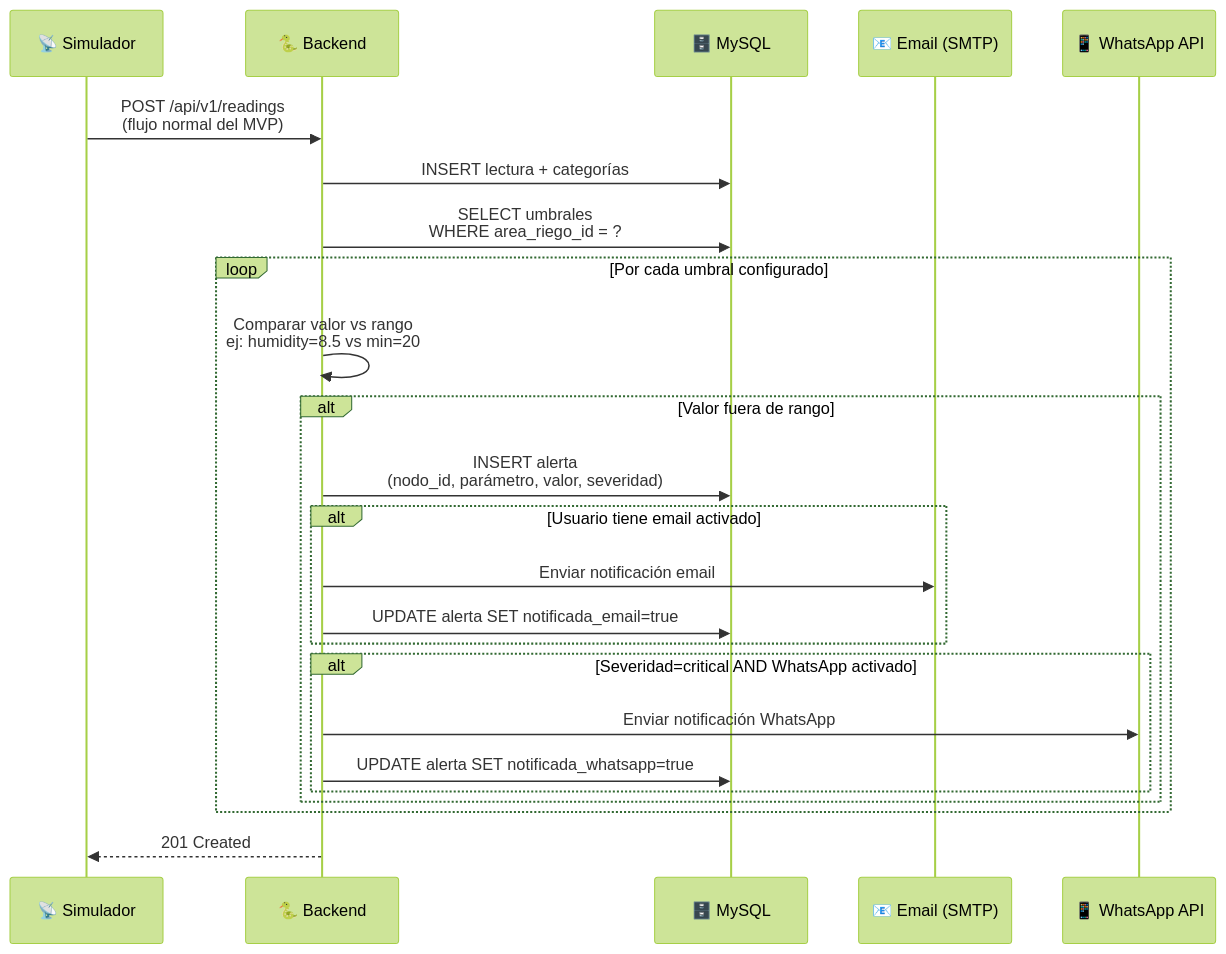
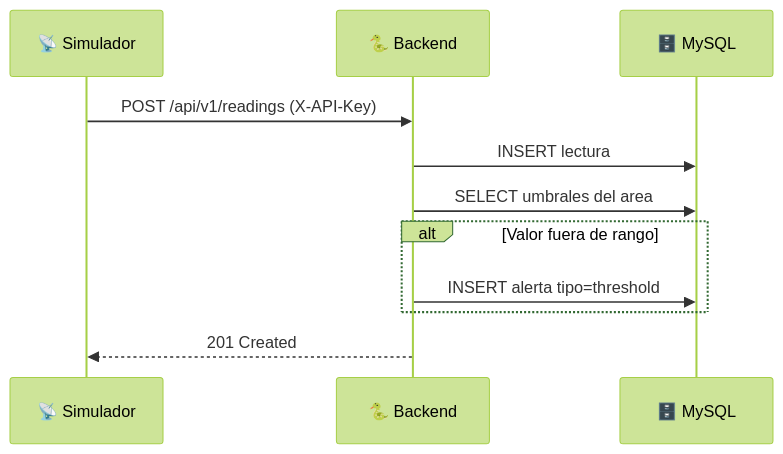
Before and after one commit to Alanzphy/IoT_Sensors: the seventh of 8 diagrams in docs/arquitectura.md, drawn with Mermaid (forest theme). The commit also changed other lines of this file and 42 other files, not shown here.

````diff
--- a/docs/arquitectura.md
+++ b/docs/arquitectura.md
@@ -466,32 +351,16 @@
 ```mermaid
 sequenceDiagram
     participant S as 📡 Simulador
     participant B as 🐍 Backend
     participant DB as 🗄️ MySQL
-    participant E as 📧 Email (SMTP)
-    participant W as 📱 WhatsApp API
 
-    S->>B: POST /api/v1/readings<br/>(flujo normal del MVP)
-    B->>DB: INSERT lectura + categorías
+    S->>B: POST /api/v1/readings (X-API-Key)
+    B->>DB: INSERT lectura
+    B->>DB: SELECT umbrales del area
 
-    B->>DB: SELECT umbrales<br/>WHERE area_riego_id = ?
-
-    loop Por cada umbral configurado
-        B->>B: Comparar valor vs rango<br/>ej: humidity=8.5 vs min=20
-        alt Valor fuera de rango
-            B->>DB: INSERT alerta<br/>(nodo_id, parámetro, valor, severidad)
-
-            alt Usuario tiene email activado
-                B->>E: Enviar notificación email
-                B->>DB: UPDATE alerta SET notificada_email=true
-            end
-
-            alt Severidad=critical AND WhatsApp activado
-                B->>W: Enviar notificación WhatsApp
-                B->>DB: UPDATE alerta SET notificada_whatsapp=true
-            end
-        end
+    alt Valor fuera de rango
+        B->>DB: INSERT alerta tipo=threshold
     end
 
     B-->>S: 201 Created
 ```
````
